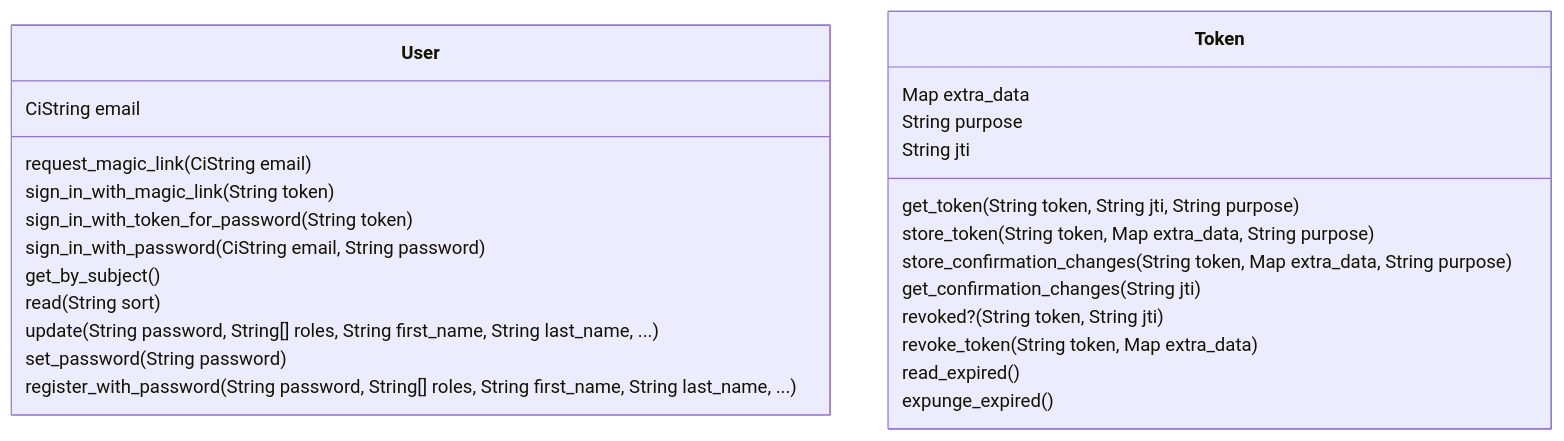
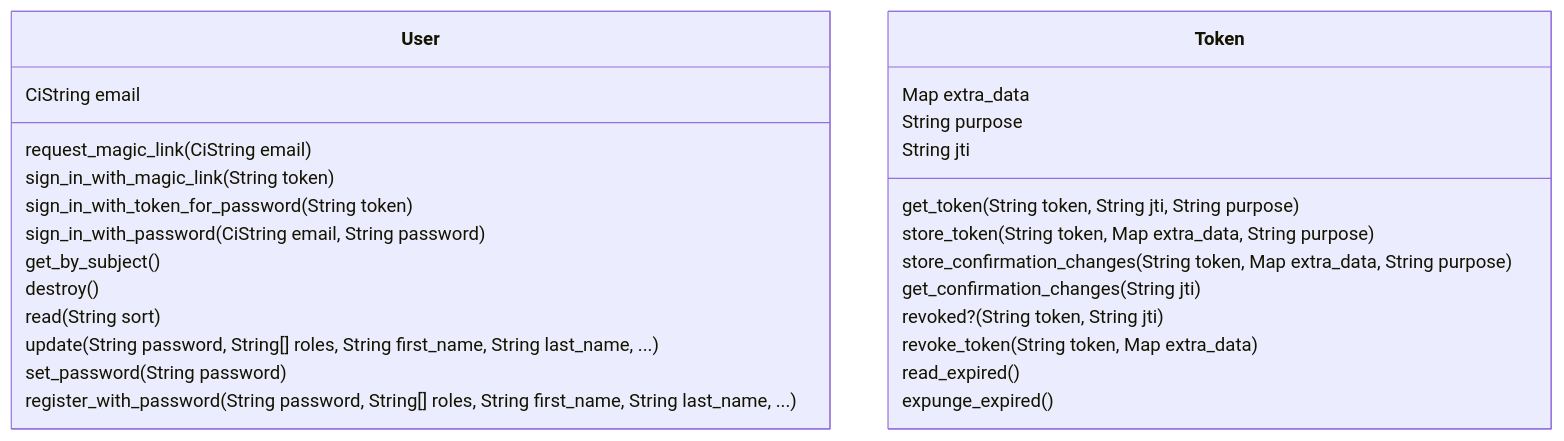
One commit to zebbra/data_aggregator changed the diagram in lib/data_aggregator/accounts/accounts-mermaid-class-diagram.md. Above: the diagram before and after it, drawn with Mermaid. The commit also changed 53 other files, not shown here.

````diff
--- a/lib/data_aggregator/accounts/accounts-mermaid-class-diagram.md
+++ b/lib/data_aggregator/accounts/accounts-mermaid-class-diagram.md
@@ -1,31 +1,32 @@
 ```mermaid
 classDiagram
     class User {
         CiString email
         request_magic_link(CiString email)
         sign_in_with_magic_link(String token)
         sign_in_with_token_for_password(String token)
         sign_in_with_password(CiString email, String password)
         get_by_subject()
+        destroy()
         read(String sort)
         update(String password, String[] roles, String first_name, String last_name, ...)
         set_password(String password)
         register_with_password(String password, String[] roles, String first_name, String last_name, ...)
     }
     class Token {
         Map extra_data
         String purpose
         String jti
         get_token(String token, String jti, String purpose)
         store_token(String token, Map extra_data, String purpose)
         store_confirmation_changes(String token, Map extra_data, String purpose)
         get_confirmation_changes(String jti)
         revoked?(String token, String jti)
         revoke_token(String token, Map extra_data)
         read_expired()
         expunge_expired()
     }
 
 
 
 ```
````
